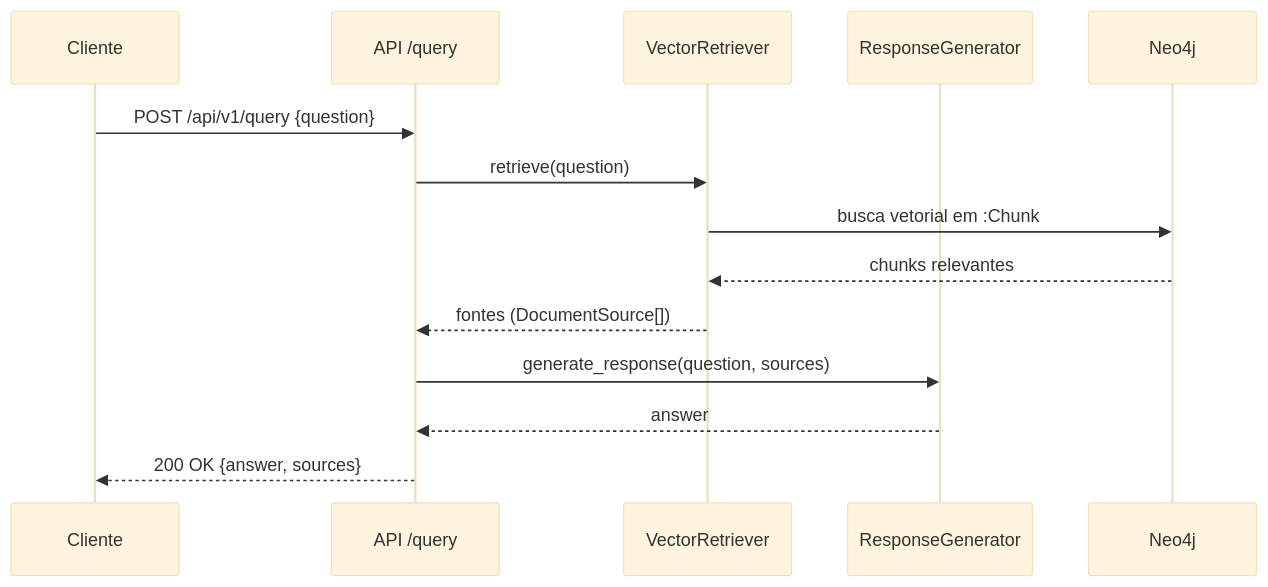
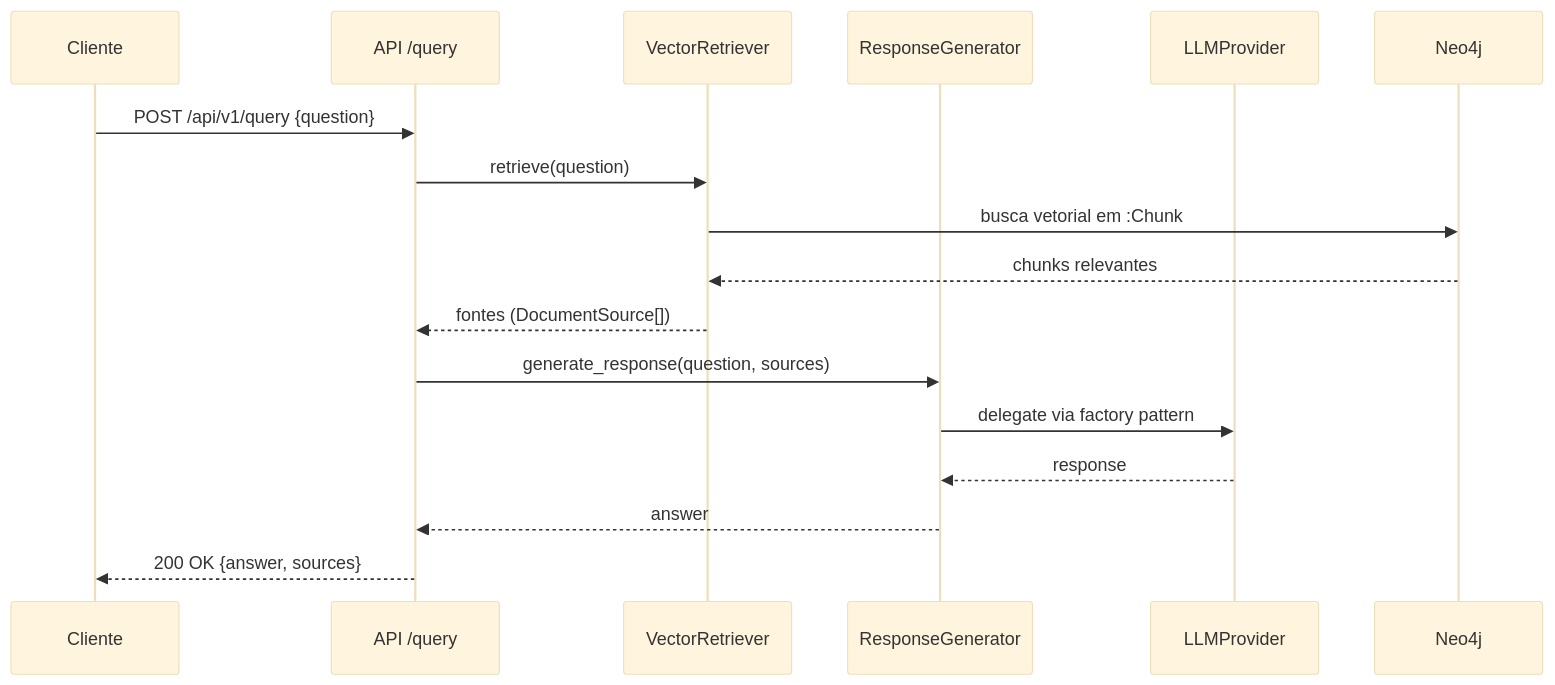
The diagram in docs/query.md (roger8b/local_rag), drawn with Mermaid (base theme) before and after one commit. The commit also changed other lines of this file and 13 other files, not shown here.

First line of the commit message:
feat: implement flexible LLM provider architecture with factory pattern

````diff
--- a/docs/query.md
+++ b/docs/query.md
@@ -19,16 +19,19 @@
 ```mermaid
 sequenceDiagram
   participant U as Cliente
   participant API as API /query
   participant R as VectorRetriever
   participant G as ResponseGenerator
+  participant P as LLMProvider
   participant N as Neo4j
   U->>API: POST /api/v1/query {question}
   API->>R: retrieve(question)
   R->>N: busca vetorial em :Chunk
   N-->>R: chunks relevantes
   R-->>API: fontes (DocumentSource[])
   API->>G: generate_response(question, sources)
+  G->>P: delegate via factory pattern
+  P-->>G: response
   G-->>API: answer
   API-->>U: 200 OK {answer, sources}
 ```
````
